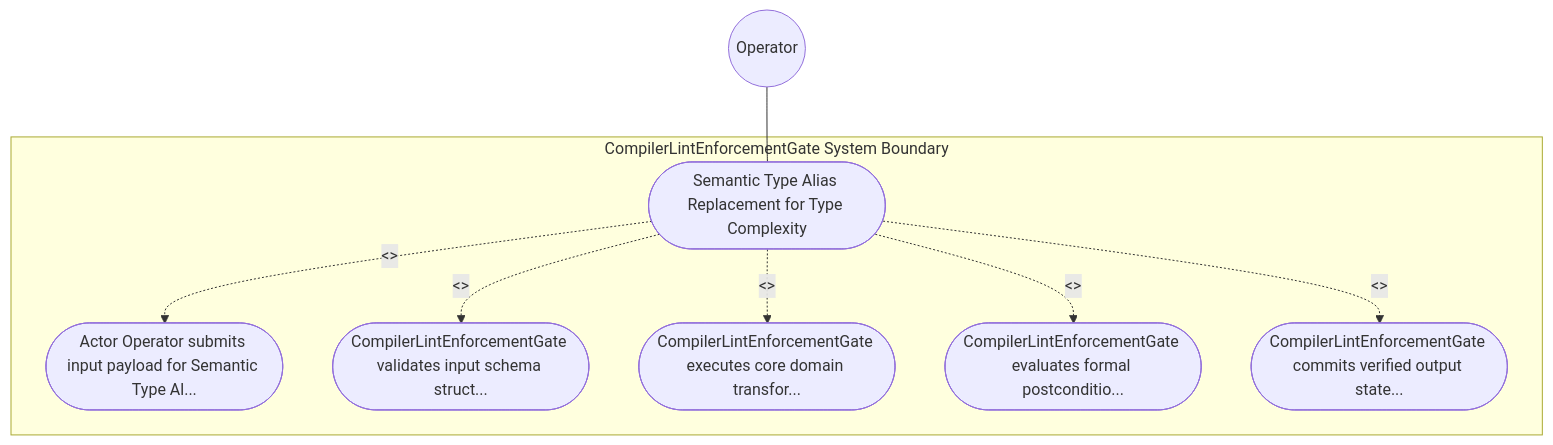
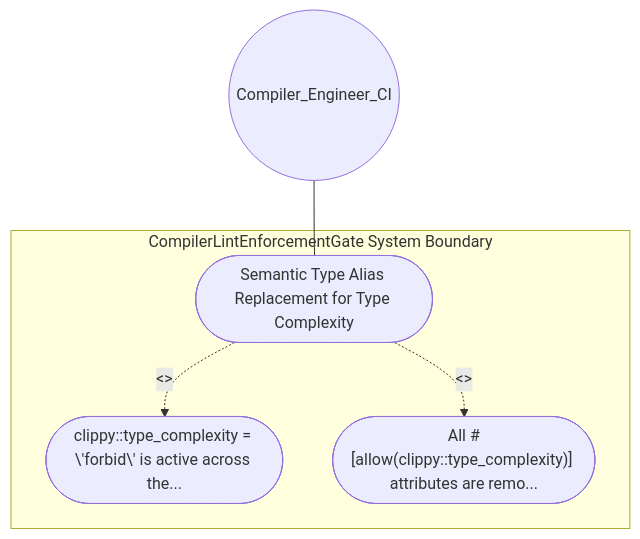
One commit to gintatkinson/DEAP01-spec-core changed the diagram in .pipeline/upstream/docs/use-cases/UC-04-Semantic_Type_Alias_Replacement_for_Type_Complexity.md. Above: the diagram before and after it, drawn with Mermaid. The commit also changed other lines of this file and 213 other files, not shown here.

````diff
--- a/.pipeline/upstream/docs/use-cases/UC-04-Semantic_Type_Alias_Replacement_for_Type_Complexity.md
+++ b/.pipeline/upstream/docs/use-cases/UC-04-Semantic_Type_Alias_Replacement_for_Type_Complexity.md
@@ -16,17 +16,11 @@
 ```mermaid
 graph TD
     subgraph "CompilerLintEnforcementGate System Boundary"
         UC_Main(["Semantic Type Alias Replacement for Type Complexity"])
-        UC_Step01(["Actor Operator submits input payload for Semantic Type Al..."])
-        UC_Step02(["CompilerLintEnforcementGate validates input schema struct..."])
-        UC_Step03(["CompilerLintEnforcementGate executes core domain transfor..."])
-        UC_Step04(["CompilerLintEnforcementGate evaluates formal postconditio..."])
-        UC_Step05(["CompilerLintEnforcementGate commits verified output state..."])
+        UC_Step01(["clippy::type_complexity = \'forbid\' is active across the..."])
+        UC_Step02(["All #[allow(clippy::type_complexity)] attributes are remo..."])
     end
-    Operator(("Operator")) --- UC_Main
+    Compiler_Engineer_CI(("Compiler_Engineer_CI")) --- UC_Main
     UC_Main -. "<<include>>" .-> UC_Step01
     UC_Main -. "<<include>>" .-> UC_Step02
-    UC_Main -. "<<include>>" .-> UC_Step03
-    UC_Main -. "<<include>>" .-> UC_Step04
-    UC_Main -. "<<include>>" .-> UC_Step05
 ```
````
